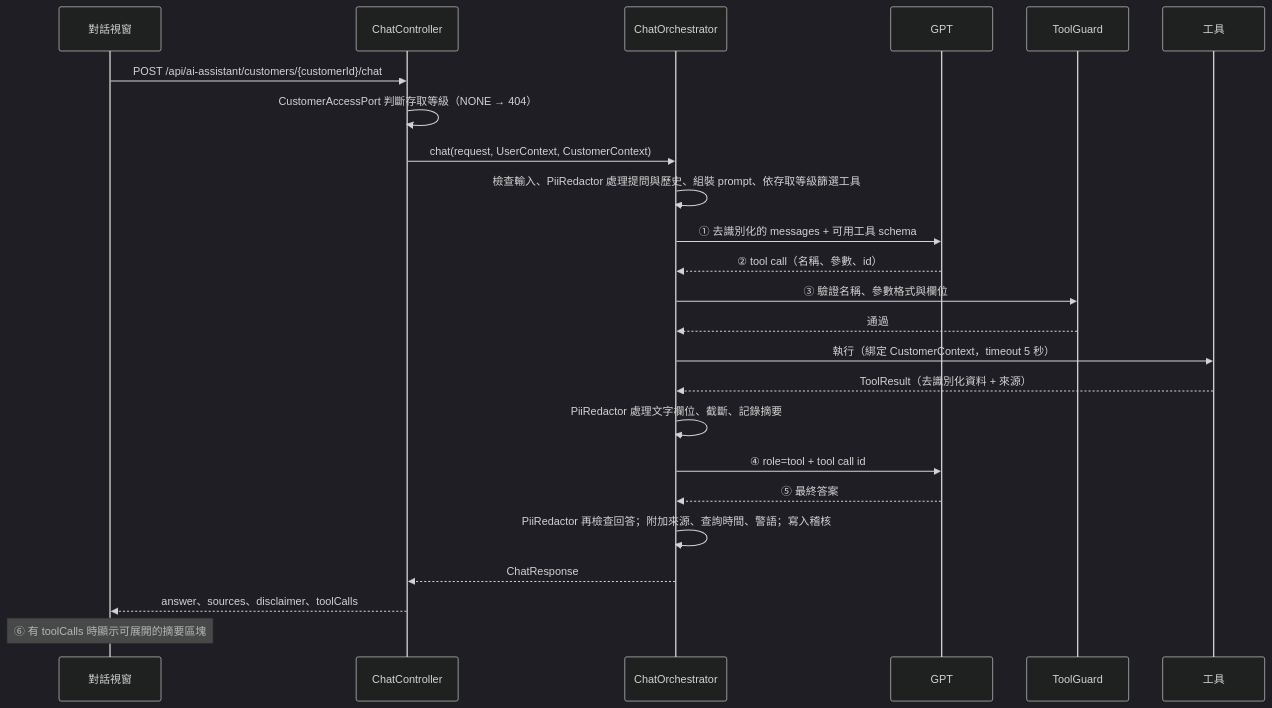
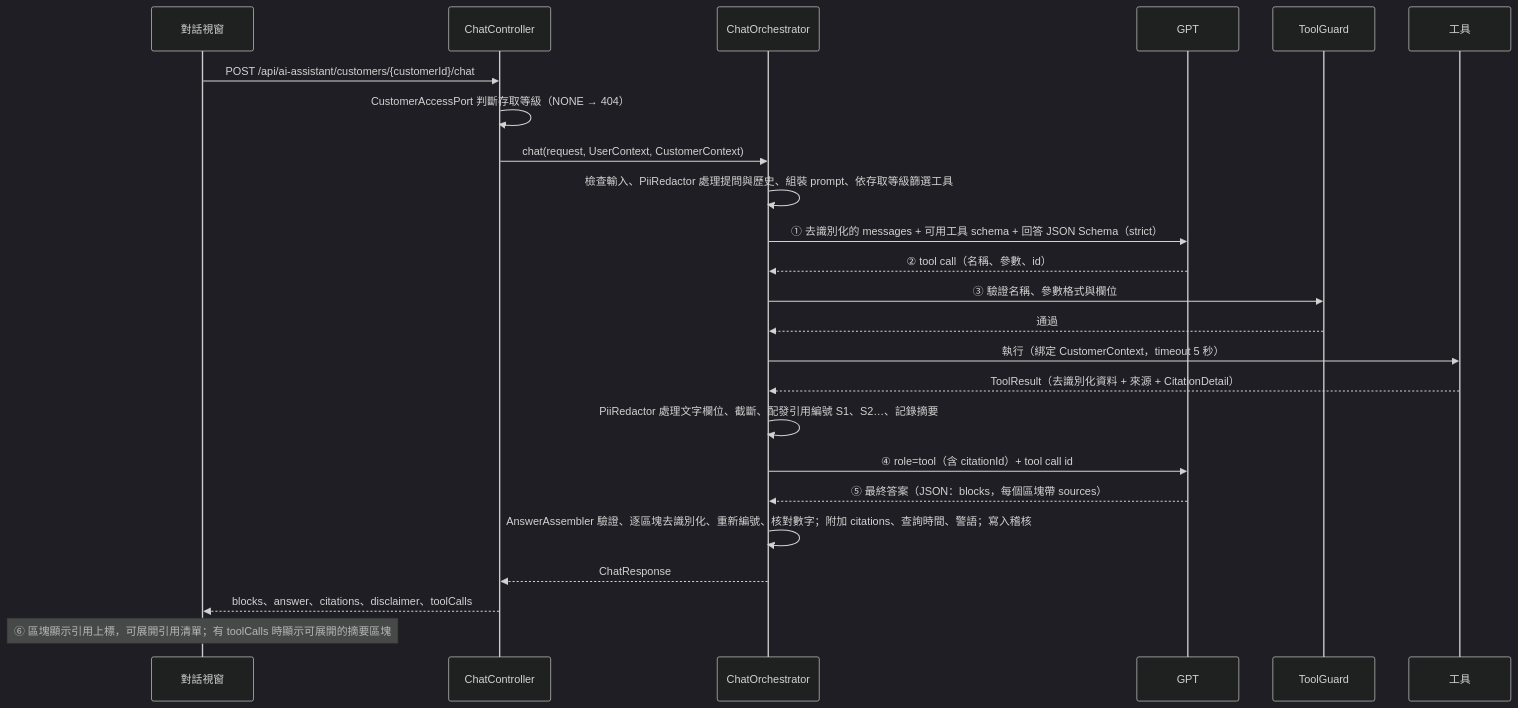
One commit to Rue1216/assistant-poc changed the second of 2 diagrams in docs/spec/01-architecture.md. Above: the diagram before and after it, drawn with Mermaid (dark theme). The commit also changed other lines of this file and 18 other files, not shown here.

````diff
--- a/docs/spec/01-architecture.md
+++ b/docs/spec/01-architecture.md
@@ -109,27 +111,27 @@
 ```mermaid
 sequenceDiagram
   participant U as 對話視窗
   participant C as ChatController
   participant O as ChatOrchestrator
   participant G as GPT
   participant TG as ToolGuard
   participant T as 工具
 
   U->>C: POST /api/ai-assistant/customers/{customerId}/chat
   C->>C: CustomerAccessPort 判斷存取等級（NONE → 404）
   C->>O: chat(request, UserContext, CustomerContext)
   O->>O: 檢查輸入、PiiRedactor 處理提問與歷史、組裝 prompt、依存取等級篩選工具
-  O->>G: ① 去識別化的 messages + 可用工具 schema
+  O->>G: ① 去識別化的 messages + 可用工具 schema + 回答 JSON Schema（strict）
   G-->>O: ② tool call（名稱、參數、id）
   O->>TG: ③ 驗證名稱、參數格式與欄位
   TG-->>O: 通過
   O->>T: 執行（綁定 CustomerContext，timeout 5 秒）
-  T-->>O: ToolResult（去識別化資料 + 來源）
-  O->>O: PiiRedactor 處理文字欄位、截斷、記錄摘要
-  O->>G: ④ role=tool + tool call id
-  G-->>O: ⑤ 最終答案
-  O->>O: PiiRedactor 再檢查回答；附加來源、查詢時間、警語；寫入稽核
+  T-->>O: ToolResult（去識別化資料 + 來源 + CitationDetail）
+  O->>O: PiiRedactor 處理文字欄位、截斷、配發引用編號 S1、S2…、記錄摘要
+  O->>G: ④ role=tool（含 citationId）+ tool call id
+  G-->>O: ⑤ 最終答案（JSON：blocks，每個區塊帶 sources）
+  O->>O: AnswerAssembler 驗證、逐區塊去識別化、重新編號、核對數字；附加 citations、查詢時間、警語；寫入稽核
   O-->>C: ChatResponse
-  C-->>U: answer、sources、disclaimer、toolCalls
-  Note over U: ⑥ 有 toolCalls 時顯示可展開的摘要區塊
+  C-->>U: blocks、answer、citations、disclaimer、toolCalls
+  Note over U: ⑥ 區塊顯示引用上標，可展開引用清單；有 toolCalls 時顯示可展開的摘要區塊
 ```
````
